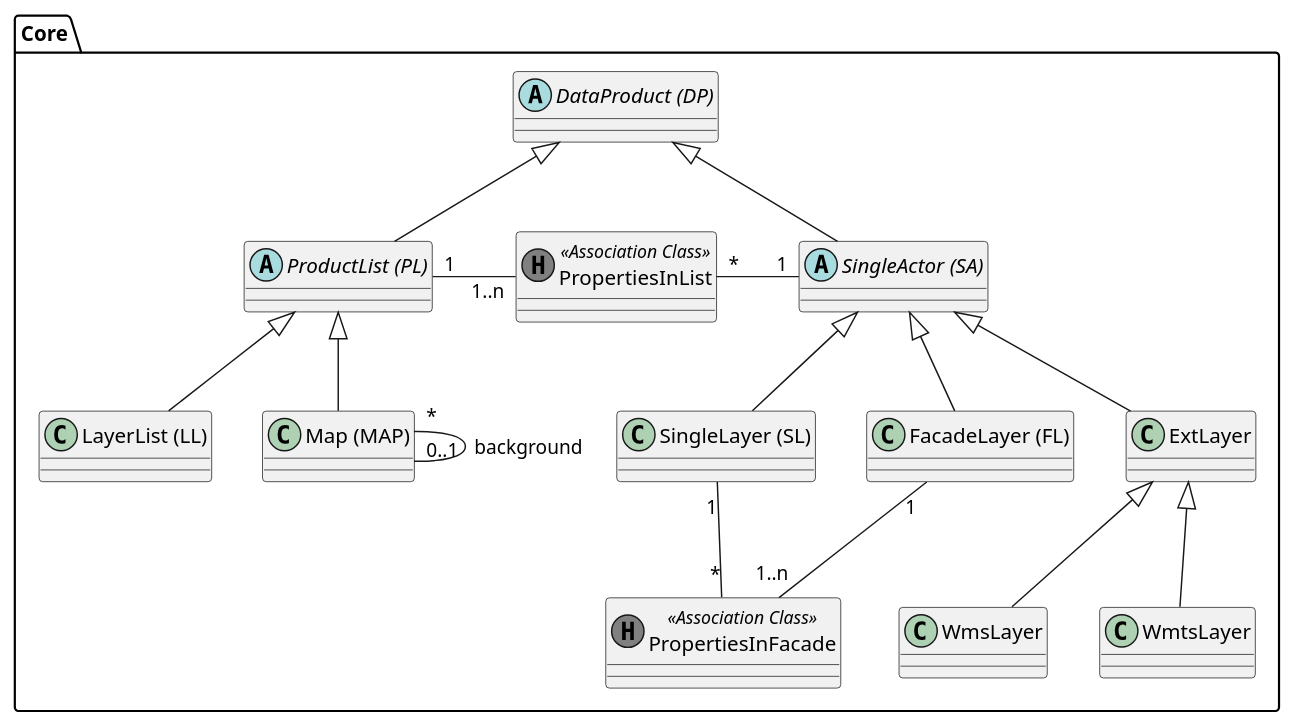
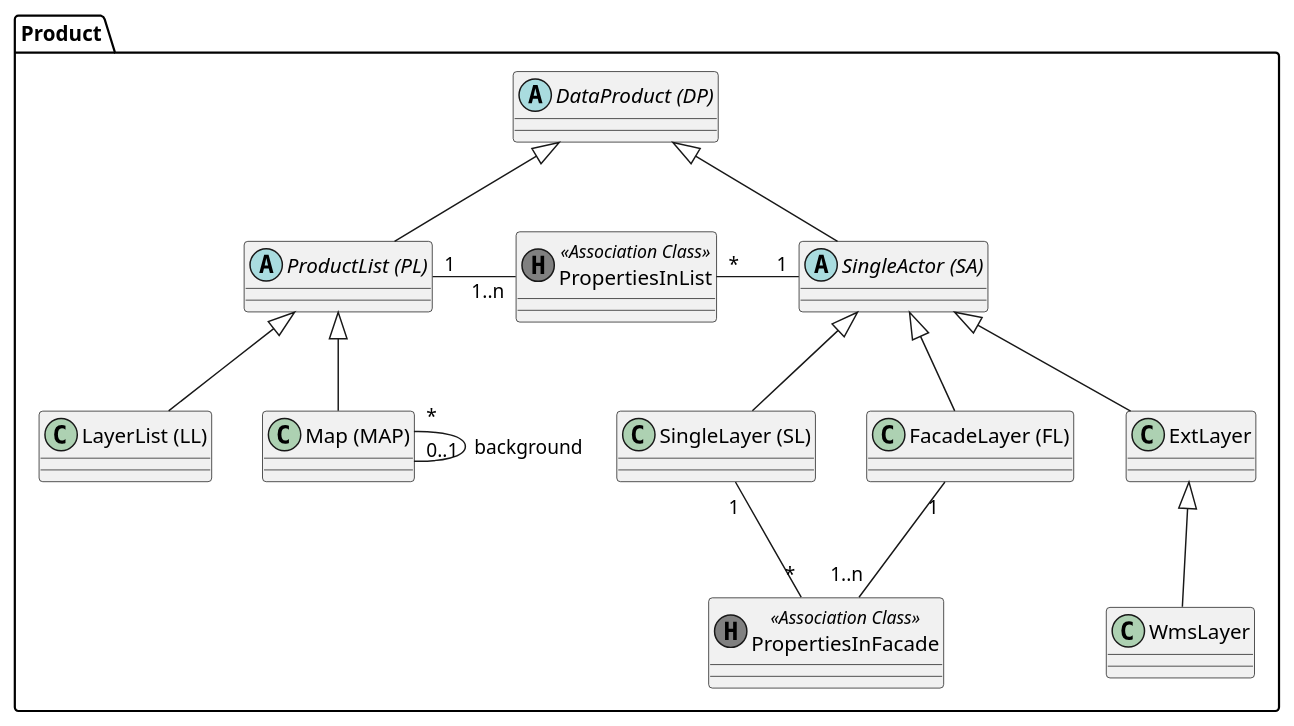
One commit to sogis/simi changed the diagram in simi/doc/puml/src/simi_product.puml. Above: the diagram before and after it, drawn with PlantUML. The commit also changed 2 other files, not shown here.

```diff
--- a/simi/doc/puml/src/simi_product.puml
+++ b/simi/doc/puml/src/simi_product.puml
@@ -1,41 +1,39 @@
 @startuml
-package Core {
+package Product {
   abstract class "DataProduct (DP)" as dp
 
   abstract class "ProductList (PL)" as pl
   class "LayerList (LL)" as ll
   class "Map (MAP)" as map
 
   abstract class "SingleActor (SA)" as sa
   class "FacadeLayer (FL)" as fl
   class "SingleLayer (SL)" as sl
   class "ExtLayer" as el
   class "WmsLayer" as wl
-  class "WmtsLayer" as tl
 
   class "PropertiesInFacade" as pif << (H, grey) Association Class >>
   class "PropertiesInList" as pil << (H, grey) Association Class >>
 
   dp <|-- pl
 
   pl <|-- ll
   pl <|-- map
 
   dp <|-- sa
 
   sa <|-- sl
   sa <|-- fl
   sa <|-- el
 
   el <|-- wl
-  el <|-- tl
 
   pl "1" -right- "1..n" pil : "      "
   pil "*" -right- "1" sa : "      "
 
   map "*" -- "0..1" map : "background"
 
   fl "1" -- "1..n" pif : "      "
   pif "*" -up- "1" sl : "      "
 }
 @enduml
```
